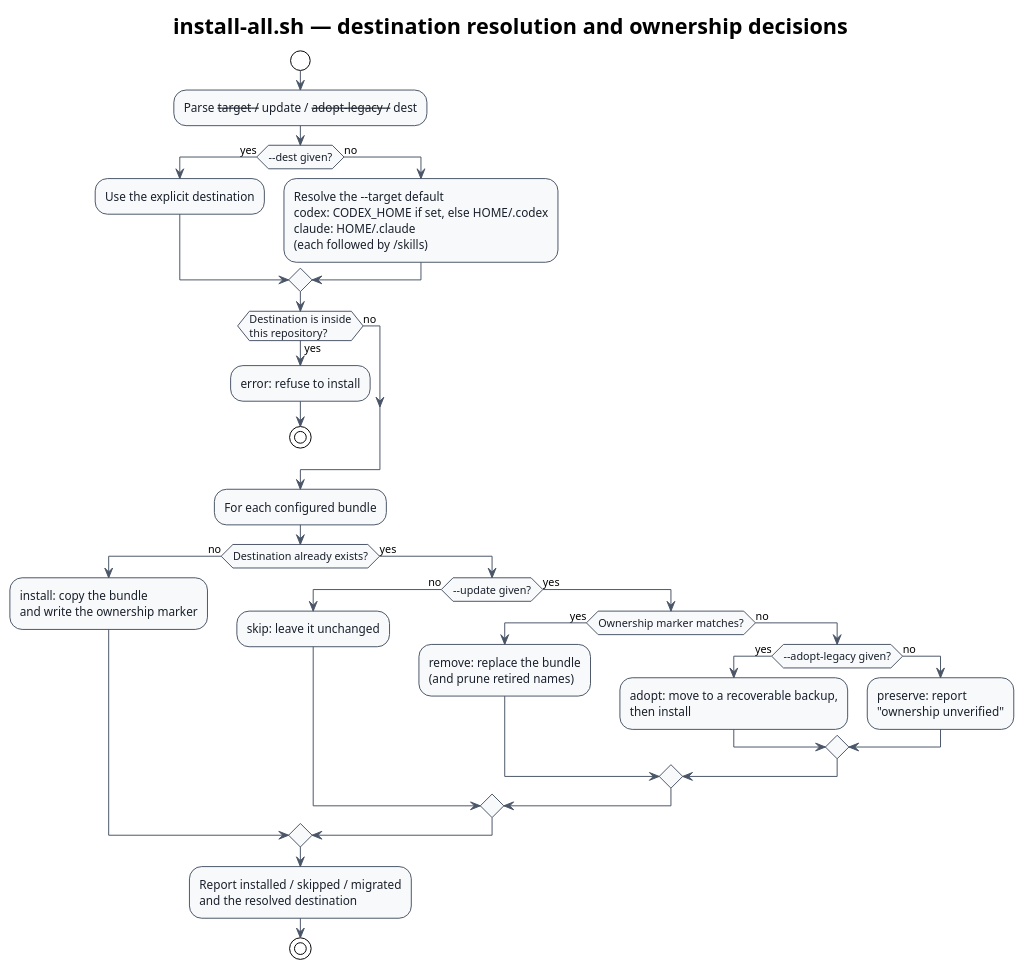
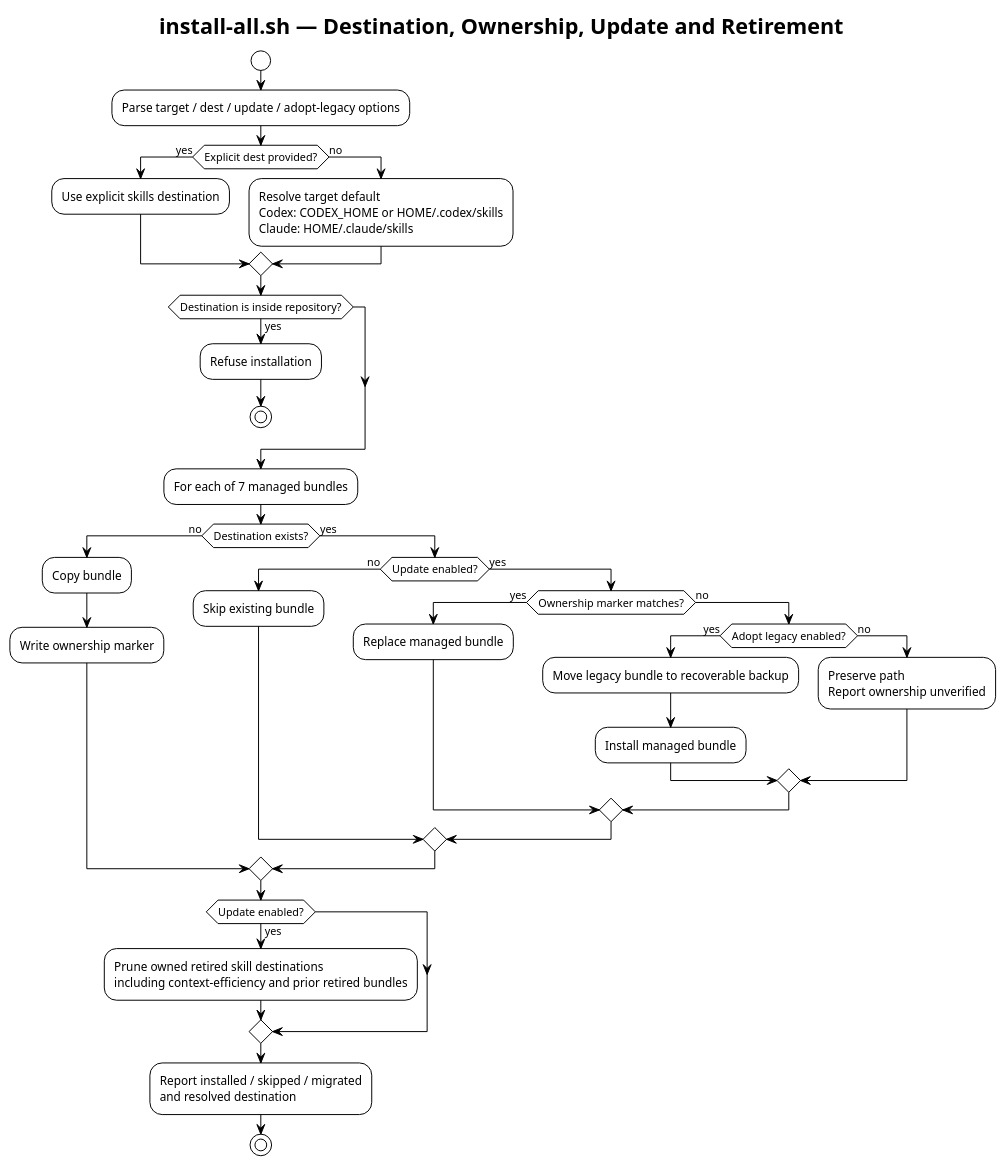
The diagram in docs/deployment/diagrams/installer-decision-flow.puml (i-zrhe2016/codex-development-workflow), drawn with PlantUML before and after one commit. The commit also changed 30 other files, not shown here.

First line of the commit message:
Normalize diagrams and documentation with PlantUML (#150)

```diff
--- a/docs/deployment/diagrams/installer-decision-flow.puml
+++ b/docs/deployment/diagrams/installer-decision-flow.puml
@@ -1,48 +1,50 @@
 @startuml
 !theme plain
-skinparam backgroundColor #FFFFFF
+skinparam shadowing false
 skinparam defaultFontName Arial
-skinparam ArrowColor #4A5568
-skinparam activityBackgroundColor #F8F9FA
-skinparam activityBorderColor #4A5568
-skinparam activityFontColor #1A202C
 
-title install-all.sh — destination resolution and ownership decisions
+title install-all.sh — Destination, Ownership, Update and Retirement
 
 start
+:Parse target / dest / update / adopt-legacy options;
 
-:Parse --target / --update / --adopt-legacy / --dest;
-if (--dest given?) then (yes)
-  :Use the explicit destination;
+if (Explicit dest provided?) then (yes)
+  :Use explicit skills destination;
 else (no)
-  :Resolve the --target default\ncodex: CODEX_HOME if set, else HOME/.codex\nclaude: HOME/.claude\n(each followed by /skills);
-endif
-if (Destination is inside\nthis repository?) then (yes)
-  :error: refuse to install;
-  stop
-else (no)
+  :Resolve target default\nCodex: CODEX_HOME or HOME/.codex/skills\nClaude: HOME/.claude/skills;
 endif
 
-:For each configured bundle;
-if (Destination already exists?) then (no)
-  :install: copy the bundle\nand write the ownership marker;
+if (Destination is inside repository?) then (yes)
+  :Refuse installation;
+  stop
+endif
+
+:For each of 7 managed bundles;
+
+if (Destination exists?) then (no)
+  :Copy bundle;
+  :Write ownership marker;
 else (yes)
-  if (--update given?) then (no)
-    :skip: leave it unchanged;
+  if (Update enabled?) then (no)
+    :Skip existing bundle;
   else (yes)
     if (Ownership marker matches?) then (yes)
-      :remove: replace the bundle\n(and prune retired names);
+      :Replace managed bundle;
     else (no)
-      if (--adopt-legacy given?) then (yes)
-        :adopt: move to a recoverable backup,\nthen install;
+      if (Adopt legacy enabled?) then (yes)
+        :Move legacy bundle to recoverable backup;
+        :Install managed bundle;
       else (no)
-        :preserve: report\n"ownership unverified";
+        :Preserve path\nReport ownership unverified;
       endif
     endif
   endif
 endif
 
-:Report installed / skipped / migrated\nand the resolved destination;
+if (Update enabled?) then (yes)
+  :Prune owned retired skill destinations\nincluding context-efficiency and prior retired bundles;
+endif
+
+:Report installed / skipped / migrated\nand resolved destination;
 stop
-
 @enduml
```
